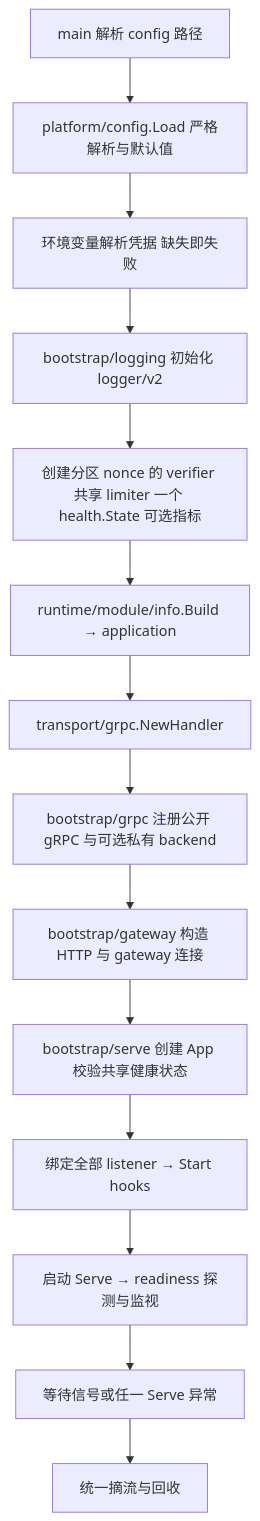
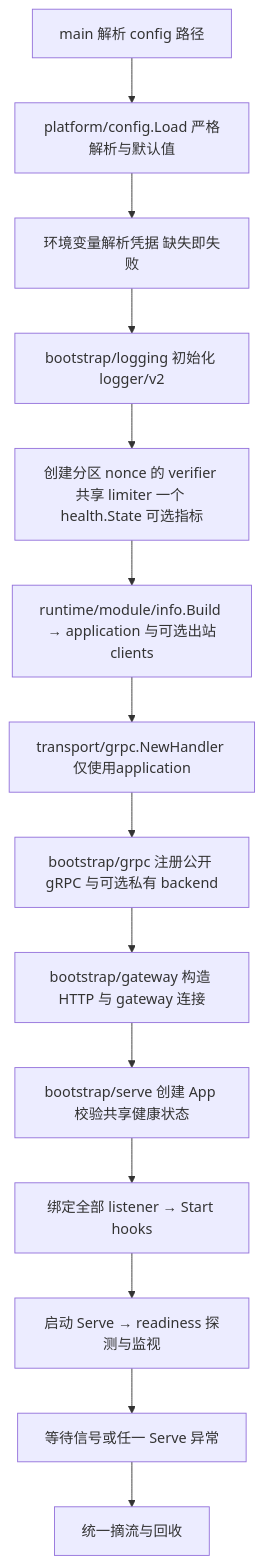
The second of 7 diagrams in GSRV_DESIGN.md (gtkit/gsrv), drawn with Mermaid before and after one commit. The commit also changed other lines of this file and 31 other files, not shown here.

````diff
--- a/GSRV_DESIGN.md
+++ b/GSRV_DESIGN.md
@@ -97,16 +97,16 @@
 ```mermaid
 flowchart TD
   A[main 解析 config 路径] --> B[platform/config.Load 严格解析与默认值]
   B --> C[环境变量解析凭据 缺失即失败]
   C --> D[bootstrap/logging 初始化 logger/v2]
   D --> E[创建分区 nonce 的 verifier 共享 limiter 一个 health.State 可选指标]
-  E --> F[runtime/module/info.Build → application]
-  F --> G[transport/grpc.NewHandler]
+  E --> F[runtime/module/info.Build → application 与可选出站clients]
+  F --> G[transport/grpc.NewHandler 仅使用application]
   G --> H[bootstrap/grpc 注册公开 gRPC 与可选私有 backend]
   H --> I[bootstrap/gateway 构造 HTTP 与 gateway 连接]
   I --> J[bootstrap/serve 创建 App 校验共享健康状态]
   J --> K[绑定全部 listener → Start hooks]
   K --> L[启动 Serve → readiness 探测与监视]
   L --> M[等待信号或任一 Serve 异常]
   M --> N[统一摘流与回收]
 ```
````
